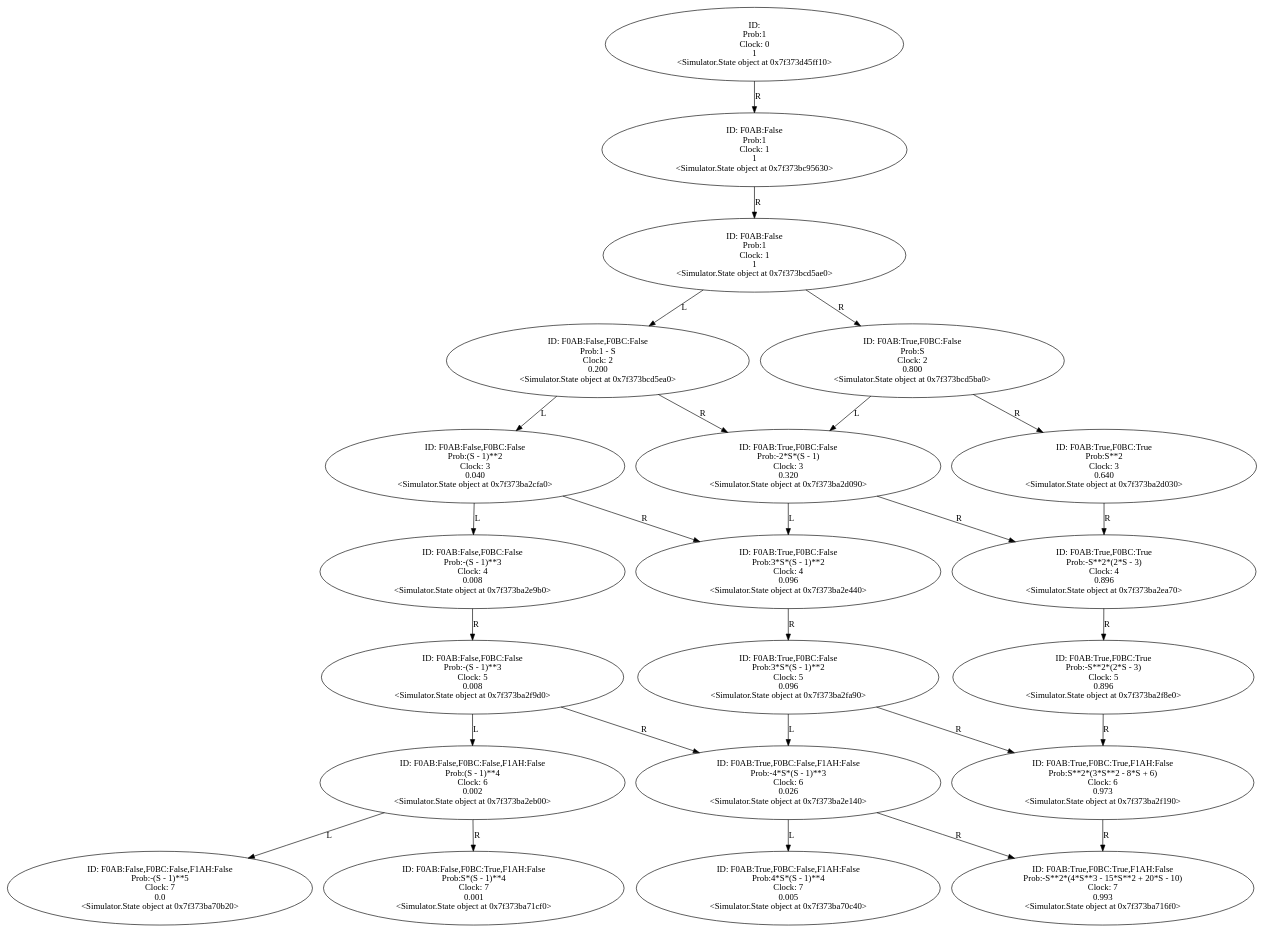
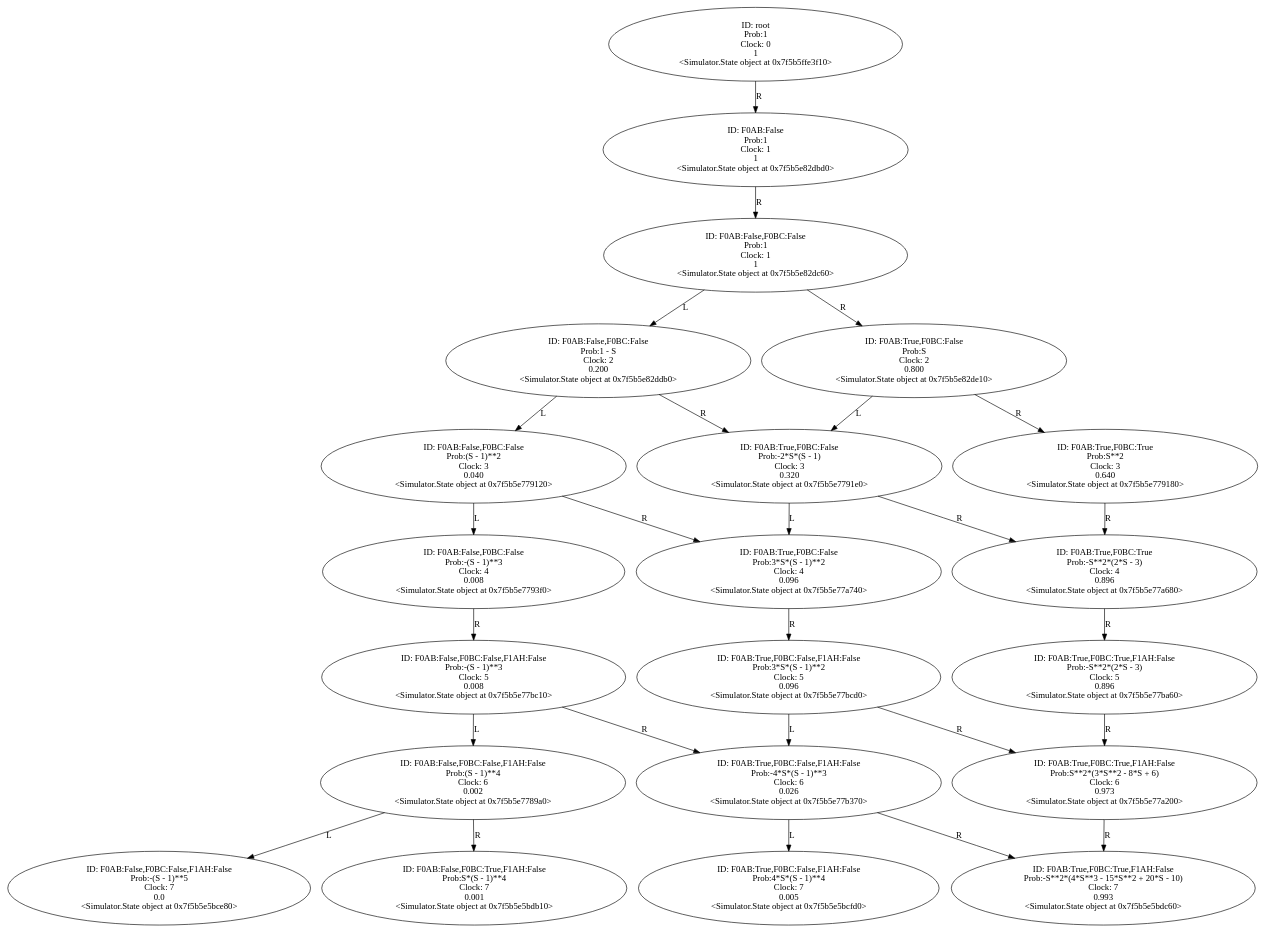
The diagram in Output/Digraph.gv (YasinBoloorchi/WARP-Simulator), drawn with Graphviz before and after one commit. The commit also changed 4 other files, not shown here.

```diff
--- a/Output/Digraph.gv
+++ b/Output/Digraph.gv
@@ -1,133 +1,133 @@
 digraph "./Output/Digraph" {
-	<Simulator.State object at 0x7f373d45ff10> [label="ID: 
+	<Simulator.State object at 0x7f5b5ffe3f10> [label="ID: root
 Prob:1
 Clock: 0
 1
-<Simulator.State object at 0x7f373d45ff10>"]
-	<Simulator.State object at 0x7f373d45ff10> -> <Simulator.State object at 0x7f373bc95630> [label=R]
-	<Simulator.State object at 0x7f373bc95630> [label="ID: F0AB:False
+<Simulator.State object at 0x7f5b5ffe3f10>"]
+	<Simulator.State object at 0x7f5b5ffe3f10> -> <Simulator.State object at 0x7f5b5e82dbd0> [label=R]
+	<Simulator.State object at 0x7f5b5e82dbd0> [label="ID: F0AB:False
 Prob:1
 Clock: 1
 1
-<Simulator.State object at 0x7f373bc95630>"]
-	<Simulator.State object at 0x7f373bc95630> -> <Simulator.State object at 0x7f373bcd5ae0> [label=R]
-	<Simulator.State object at 0x7f373bcd5ae0> [label="ID: F0AB:False
+<Simulator.State object at 0x7f5b5e82dbd0>"]
+	<Simulator.State object at 0x7f5b5e82dbd0> -> <Simulator.State object at 0x7f5b5e82dc60> [label=R]
+	<Simulator.State object at 0x7f5b5e82dc60> [label="ID: F0AB:False,F0BC:False
 Prob:1
 Clock: 1
 1
-<Simulator.State object at 0x7f373bcd5ae0>"]
-	<Simulator.State object at 0x7f373bcd5ae0> -> <Simulator.State object at 0x7f373bcd5ea0> [label=L]
-	<Simulator.State object at 0x7f373bcd5ae0> -> <Simulator.State object at 0x7f373bcd5ba0> [label=R]
-	<Simulator.State object at 0x7f373bcd5ea0> [label="ID: F0AB:False,F0BC:False
+<Simulator.State object at 0x7f5b5e82dc60>"]
+	<Simulator.State object at 0x7f5b5e82dc60> -> <Simulator.State object at 0x7f5b5e82ddb0> [label=L]
+	<Simulator.State object at 0x7f5b5e82dc60> -> <Simulator.State object at 0x7f5b5e82de10> [label=R]
+	<Simulator.State object at 0x7f5b5e82ddb0> [label="ID: F0AB:False,F0BC:False
 Prob:1 - S
 Clock: 2
 0.200
-<Simulator.State object at 0x7f373bcd5ea0>"]
-	<Simulator.State object at 0x7f373bcd5ea0> -> <Simulator.State object at 0x7f373ba2cfa0> [label=L]
-	<Simulator.State object at 0x7f373bcd5ea0> -> <Simulator.State object at 0x7f373ba2d090> [label=R]
-	<Simulator.State object at 0x7f373bcd5ba0> [label="ID: F0AB:True,F0BC:False
+<Simulator.State object at 0x7f5b5e82ddb0>"]
+	<Simulator.State object at 0x7f5b5e82ddb0> -> <Simulator.State object at 0x7f5b5e779120> [label=L]
+	<Simulator.State object at 0x7f5b5e82ddb0> -> <Simulator.State object at 0x7f5b5e7791e0> [label=R]
+	<Simulator.State object at 0x7f5b5e82de10> [label="ID: F0AB:True,F0BC:False
 Prob:S
 Clock: 2
 0.800
-<Simulator.State object at 0x7f373bcd5ba0>"]
-	<Simulator.State object at 0x7f373bcd5ba0> -> <Simulator.State object at 0x7f373ba2d090> [label=L]
-	<Simulator.State object at 0x7f373bcd5ba0> -> <Simulator.State object at 0x7f373ba2d030> [label=R]
-	<Simulator.State object at 0x7f373ba2cfa0> [label="ID: F0AB:False,F0BC:False
+<Simulator.State object at 0x7f5b5e82de10>"]
+	<Simulator.State object at 0x7f5b5e82de10> -> <Simulator.State object at 0x7f5b5e7791e0> [label=L]
+	<Simulator.State object at 0x7f5b5e82de10> -> <Simulator.State object at 0x7f5b5e779180> [label=R]
+	<Simulator.State object at 0x7f5b5e779120> [label="ID: F0AB:False,F0BC:False
 Prob:(S - 1)**2
 Clock: 3
 0.040
-<Simulator.State object at 0x7f373ba2cfa0>"]
-	<Simulator.State object at 0x7f373ba2cfa0> -> <Simulator.State object at 0x7f373ba2e9b0> [label=L]
-	<Simulator.State object at 0x7f373ba2cfa0> -> <Simulator.State object at 0x7f373ba2e440> [label=R]
-	<Simulator.State object at 0x7f373ba2d090> [label="ID: F0AB:True,F0BC:False
+<Simulator.State object at 0x7f5b5e779120>"]
+	<Simulator.State object at 0x7f5b5e779120> -> <Simulator.State object at 0x7f5b5e7793f0> [label=L]
+	<Simulator.State object at 0x7f5b5e779120> -> <Simulator.State object at 0x7f5b5e77a740> [label=R]
+	<Simulator.State object at 0x7f5b5e7791e0> [label="ID: F0AB:True,F0BC:False
 Prob:-2*S*(S - 1)
 Clock: 3
 0.320
-<Simulator.State object at 0x7f373ba2d090>"]
-	<Simulator.State object at 0x7f373ba2d090> -> <Simulator.State object at 0x7f373ba2e440> [label=L]
-	<Simulator.State object at 0x7f373ba2d090> -> <Simulator.State object at 0x7f373ba2ea70> [label=R]
-	<Simulator.State object at 0x7f373ba2d030> [label="ID: F0AB:True,F0BC:True
+<Simulator.State object at 0x7f5b5e7791e0>"]
+	<Simulator.State object at 0x7f5b5e7791e0> -> <Simulator.State object at 0x7f5b5e77a740> [label=L]
+	<Simulator.State object at 0x7f5b5e7791e0> -> <Simulator.State object at 0x7f5b5e77a680> [label=R]
+	<Simulator.State object at 0x7f5b5e779180> [label="ID: F0AB:True,F0BC:True
 Prob:S**2
 Clock: 3
 0.640
-<Simulator.State object at 0x7f373ba2d030>"]
-	<Simulator.State object at 0x7f373ba2d030> -> <Simulator.State object at 0x7f373ba2ea70> [label=R]
-	<Simulator.State object at 0x7f373ba2e9b0> [label="ID: F0AB:False,F0BC:False
+<Simulator.State object at 0x7f5b5e779180>"]
+	<Simulator.State object at 0x7f5b5e779180> -> <Simulator.State object at 0x7f5b5e77a680> [label=R]
+	<Simulator.State object at 0x7f5b5e7793f0> [label="ID: F0AB:False,F0BC:False
 Prob:-(S - 1)**3
 Clock: 4
 0.008
-<Simulator.State object at 0x7f373ba2e9b0>"]
-	<Simulator.State object at 0x7f373ba2e9b0> -> <Simulator.State object at 0x7f373ba2f9d0> [label=R]
-	<Simulator.State object at 0x7f373ba2e440> [label="ID: F0AB:True,F0BC:False
+<Simulator.State object at 0x7f5b5e7793f0>"]
+	<Simulator.State object at 0x7f5b5e7793f0> -> <Simulator.State object at 0x7f5b5e77bc10> [label=R]
+	<Simulator.State object at 0x7f5b5e77a740> [label="ID: F0AB:True,F0BC:False
 Prob:3*S*(S - 1)**2
 Clock: 4
 0.096
-<Simulator.State object at 0x7f373ba2e440>"]
-	<Simulator.State object at 0x7f373ba2e440> -> <Simulator.State object at 0x7f373ba2fa90> [label=R]
-	<Simulator.State object at 0x7f373ba2ea70> [label="ID: F0AB:True,F0BC:True
+<Simulator.State object at 0x7f5b5e77a740>"]
+	<Simulator.State object at 0x7f5b5e77a740> -> <Simulator.State object at 0x7f5b5e77bcd0> [label=R]
+	<Simulator.State object at 0x7f5b5e77a680> [label="ID: F0AB:True,F0BC:True
 Prob:-S**2*(2*S - 3)
 Clock: 4
 0.896
-<Simulator.State object at 0x7f373ba2ea70>"]
-	<Simulator.State object at 0x7f373ba2ea70> -> <Simulator.State object at 0x7f373ba2f8e0> [label=R]
-	<Simulator.State object at 0x7f373ba2f9d0> [label="ID: F0AB:False,F0BC:False
+<Simulator.State object at 0x7f5b5e77a680>"]
+	<Simulator.State object at 0x7f5b5e77a680> -> <Simulator.State object at 0x7f5b5e77ba60> [label=R]
+	<Simulator.State object at 0x7f5b5e77bc10> [label="ID: F0AB:False,F0BC:False,F1AH:False
 Prob:-(S - 1)**3
 Clock: 5
 0.008
-<Simulator.State object at 0x7f373ba2f9d0>"]
-	<Simulator.State object at 0x7f373ba2f9d0> -> <Simulator.State object at 0x7f373ba2eb00> [label=L]
-	<Simulator.State object at 0x7f373ba2f9d0> -> <Simulator.State object at 0x7f373ba2e140> [label=R]
-	<Simulator.State object at 0x7f373ba2fa90> [label="ID: F0AB:True,F0BC:False
+<Simulator.State object at 0x7f5b5e77bc10>"]
+	<Simulator.State object at 0x7f5b5e77bc10> -> <Simulator.State object at 0x7f5b5e7789a0> [label=L]
+	<Simulator.State object at 0x7f5b5e77bc10> -> <Simulator.State object at 0x7f5b5e77b370> [label=R]
+	<Simulator.State object at 0x7f5b5e77bcd0> [label="ID: F0AB:True,F0BC:False,F1AH:False
 Prob:3*S*(S - 1)**2
 Clock: 5
 0.096
-<Simulator.State object at 0x7f373ba2fa90>"]
-	<Simulator.State object at 0x7f373ba2fa90> -> <Simulator.State object at 0x7f373ba2e140> [label=L]
-	<Simulator.State object at 0x7f373ba2fa90> -> <Simulator.State object at 0x7f373ba2f190> [label=R]
-	<Simulator.State object at 0x7f373ba2f8e0> [label="ID: F0AB:True,F0BC:True
+<Simulator.State object at 0x7f5b5e77bcd0>"]
+	<Simulator.State object at 0x7f5b5e77bcd0> -> <Simulator.State object at 0x7f5b5e77b370> [label=L]
+	<Simulator.State object at 0x7f5b5e77bcd0> -> <Simulator.State object at 0x7f5b5e77a200> [label=R]
+	<Simulator.State object at 0x7f5b5e77ba60> [label="ID: F0AB:True,F0BC:True,F1AH:False
 Prob:-S**2*(2*S - 3)
 Clock: 5
 0.896
-<Simulator.State object at 0x7f373ba2f8e0>"]
-	<Simulator.State object at 0x7f373ba2f8e0> -> <Simulator.State object at 0x7f373ba2f190> [label=R]
-	<Simulator.State object at 0x7f373ba2eb00> [label="ID: F0AB:False,F0BC:False,F1AH:False
+<Simulator.State object at 0x7f5b5e77ba60>"]
+	<Simulator.State object at 0x7f5b5e77ba60> -> <Simulator.State object at 0x7f5b5e77a200> [label=R]
+	<Simulator.State object at 0x7f5b5e7789a0> [label="ID: F0AB:False,F0BC:False,F1AH:False
 Prob:(S - 1)**4
 Clock: 6
 0.002
-<Simulator.State object at 0x7f373ba2eb00>"]
-	<Simulator.State object at 0x7f373ba2eb00> -> <Simulator.State object at 0x7f373ba70b20> [label=L]
-	<Simulator.State object at 0x7f373ba2eb00> -> <Simulator.State object at 0x7f373ba71cf0> [label=R]
-	<Simulator.State object at 0x7f373ba2e140> [label="ID: F0AB:True,F0BC:False,F1AH:False
+<Simulator.State object at 0x7f5b5e7789a0>"]
+	<Simulator.State object at 0x7f5b5e7789a0> -> <Simulator.State object at 0x7f5b5e5bce80> [label=L]
+	<Simulator.State object at 0x7f5b5e7789a0> -> <Simulator.State object at 0x7f5b5e5bdb10> [label=R]
+	<Simulator.State object at 0x7f5b5e77b370> [label="ID: F0AB:True,F0BC:False,F1AH:False
 Prob:-4*S*(S - 1)**3
 Clock: 6
 0.026
-<Simulator.State object at 0x7f373ba2e140>"]
-	<Simulator.State object at 0x7f373ba2e140> -> <Simulator.State object at 0x7f373ba70c40> [label=L]
-	<Simulator.State object at 0x7f373ba2e140> -> <Simulator.State object at 0x7f373ba716f0> [label=R]
-	<Simulator.State object at 0x7f373ba2f190> [label="ID: F0AB:True,F0BC:True,F1AH:False
+<Simulator.State object at 0x7f5b5e77b370>"]
+	<Simulator.State object at 0x7f5b5e77b370> -> <Simulator.State object at 0x7f5b5e5bcfd0> [label=L]
+	<Simulator.State object at 0x7f5b5e77b370> -> <Simulator.State object at 0x7f5b5e5bdc60> [label=R]
+	<Simulator.State object at 0x7f5b5e77a200> [label="ID: F0AB:True,F0BC:True,F1AH:False
 Prob:S**2*(3*S**2 - 8*S + 6)
 Clock: 6
 0.973
-<Simulator.State object at 0x7f373ba2f190>"]
-	<Simulator.State object at 0x7f373ba2f190> -> <Simulator.State object at 0x7f373ba716f0> [label=R]
-	<Simulator.State object at 0x7f373ba70b20> [label="ID: F0AB:False,F0BC:False,F1AH:False
+<Simulator.State object at 0x7f5b5e77a200>"]
+	<Simulator.State object at 0x7f5b5e77a200> -> <Simulator.State object at 0x7f5b5e5bdc60> [label=R]
+	<Simulator.State object at 0x7f5b5e5bce80> [label="ID: F0AB:False,F0BC:False,F1AH:False
 Prob:-(S - 1)**5
 Clock: 7
 0.0
-<Simulator.State object at 0x7f373ba70b20>"]
-	<Simulator.State object at 0x7f373ba71cf0> [label="ID: F0AB:False,F0BC:True,F1AH:False
+<Simulator.State object at 0x7f5b5e5bce80>"]
+	<Simulator.State object at 0x7f5b5e5bdb10> [label="ID: F0AB:False,F0BC:True,F1AH:False
 Prob:S*(S - 1)**4
 Clock: 7
 0.001
-<Simulator.State object at 0x7f373ba71cf0>"]
-	<Simulator.State object at 0x7f373ba70c40> [label="ID: F0AB:True,F0BC:False,F1AH:False
+<Simulator.State object at 0x7f5b5e5bdb10>"]
+	<Simulator.State object at 0x7f5b5e5bcfd0> [label="ID: F0AB:True,F0BC:False,F1AH:False
 Prob:4*S*(S - 1)**4
 Clock: 7
 0.005
-<Simulator.State object at 0x7f373ba70c40>"]
-	<Simulator.State object at 0x7f373ba716f0> [label="ID: F0AB:True,F0BC:True,F1AH:False
+<Simulator.State object at 0x7f5b5e5bcfd0>"]
+	<Simulator.State object at 0x7f5b5e5bdc60> [label="ID: F0AB:True,F0BC:True,F1AH:False
 Prob:-S**2*(4*S**3 - 15*S**2 + 20*S - 10)
 Clock: 7
 0.993
-<Simulator.State object at 0x7f373ba716f0>"]
+<Simulator.State object at 0x7f5b5e5bdc60>"]
 }
```
